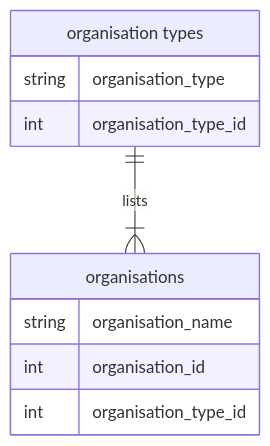
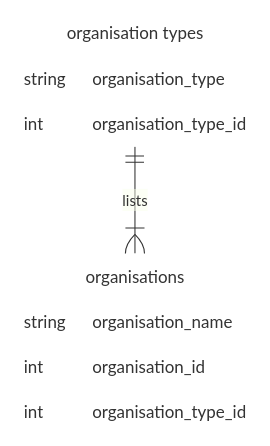
One commit to data-intelligence-00003/fetch changed the diagram in data/README.md. Above: the diagram before and after it, drawn with Mermaid.

````diff
--- a/data/README.md
+++ b/data/README.md
@@ -16,13 +16,15 @@
 ```mermaid
 erDiagram
     typ["organisation types"]{
         string organisation_type
         int organisation_type_id
     }
     org[organisations]{
         string organisation_name
         int organisation_id
         int organisation_type_id 
     }
     typ ||--|{ org : lists
+
+    classDef default fill:#ffffff,stroke:#ffffff,stroke-width:0px;
 ```
````
